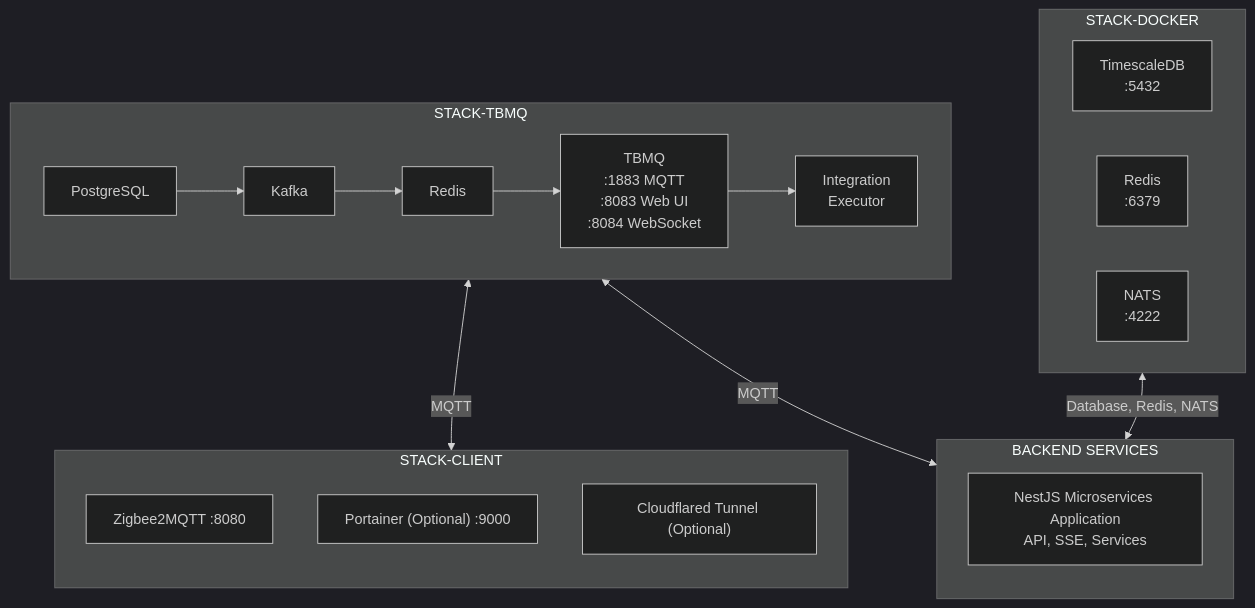
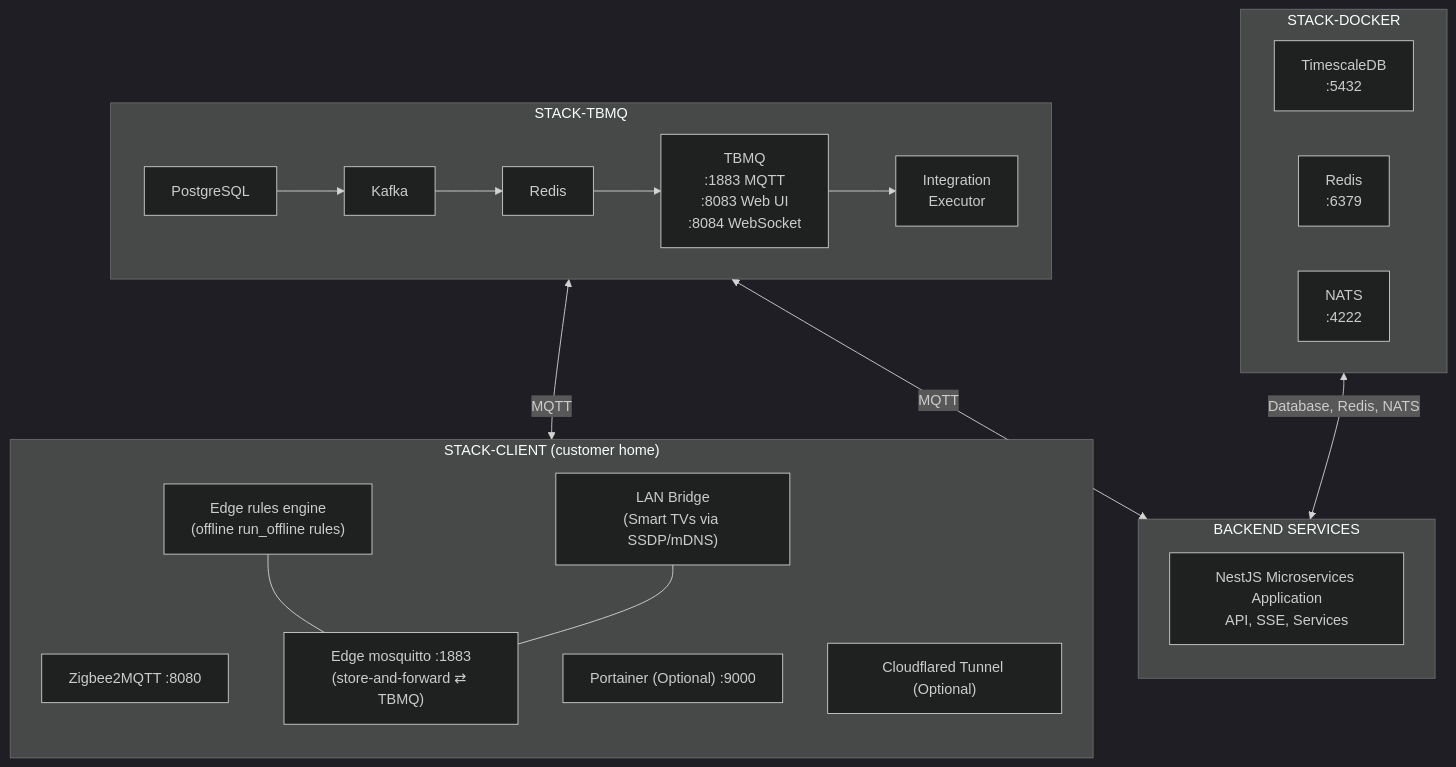
The diagram in README.md (adriandy89/domotic-ai), drawn with Mermaid (dark theme) before and after one commit. The commit also changed other lines of this file and 1 other file, not shown here.

Commit message:
fix: update README to enhance LAN Bridge and Edge stack documentation

````diff
--- a/README.md
+++ b/README.md
@@ -302,34 +313,39 @@
 ```mermaid
 flowchart TD
     subgraph SD["STACK-DOCKER"]
         direction LR
         TS["TimescaleDB<br/>:5432"]
         RD["Redis<br/>:6379"]
         NT["NATS<br/>:4222"]
     end
 
     subgraph TBMQ["STACK-TBMQ"]
         direction LR
         PG["PostgreSQL"] --> KF["Kafka"]
         KF --> RD2["Redis"]
         RD2 --> TBMQ_SVC["TBMQ<br/>:1883 MQTT<br/>:8083 Web UI<br/>:8084 WebSocket"]
         TBMQ_SVC --> IE["Integration<br/>Executor"]
     end
 
-    subgraph CLIENT["STACK-CLIENT"]
+    subgraph CLIENT["STACK-CLIENT (customer home)"]
         direction TB
         Z2M["Zigbee2MQTT :8080"]
+        MOSQ["Edge mosquitto :1883<br/>(store-and-forward ⇄ TBMQ)"]
+        EDGE["Edge rules engine<br/>(offline run_offline rules)"]
+        LANB["LAN Bridge<br/>(Smart TVs via SSDP/mDNS)"]
         PTR["Portainer (Optional) :9000"]
         CF["Cloudflared Tunnel (Optional)"]
+        EDGE --- MOSQ
+        LANB --- MOSQ
     end
 
     subgraph BACKEND["BACKEND SERVICES"]
         direction TB
         NEST["NestJS Microservices Application<br/>API, SSE, Services"]
     end
 
     SD <--> |"Database, Redis, NATS"| BACKEND
     TBMQ <--> |"MQTT"| CLIENT
     TBMQ <--> |"MQTT"| BACKEND
 
 ```
````
